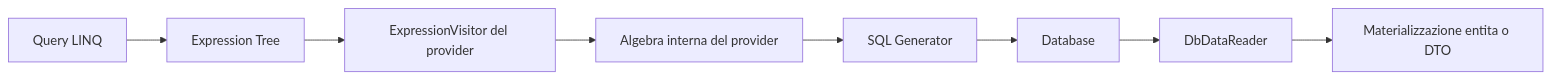
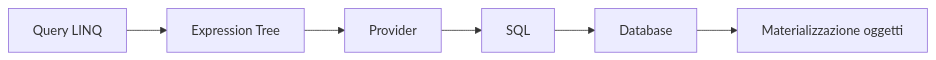
Before and after one commit to DennisTurco/AppuntiFacili: the second of 4 diagrams in src/content/informatica/csharp/ienumerable-vs-iqueryable.mdx, drawn with Mermaid. The commit also changed other lines of this file and 86 other files, not shown here.

````diff
--- a/src/content/informatica/csharp/ienumerable-vs-iqueryable.mdx
+++ b/src/content/informatica/csharp/ienumerable-vs-iqueryable.mdx
@@ -229,10 +115,8 @@
 ```mermaid
 flowchart LR
     A[Query LINQ] --> B[Expression Tree]
-    B --> C[ExpressionVisitor del provider]
-    C --> D[Algebra interna del provider]
-    D --> E[SQL Generator]
-    E --> F[Database]
-    F --> G[DbDataReader]
-    G --> H[Materializzazione entita o DTO]
+    B --> C[Provider]
+    C --> D[SQL]
+    D --> E[Database]
+    E --> F[Materializzazione oggetti]
 ```
````
